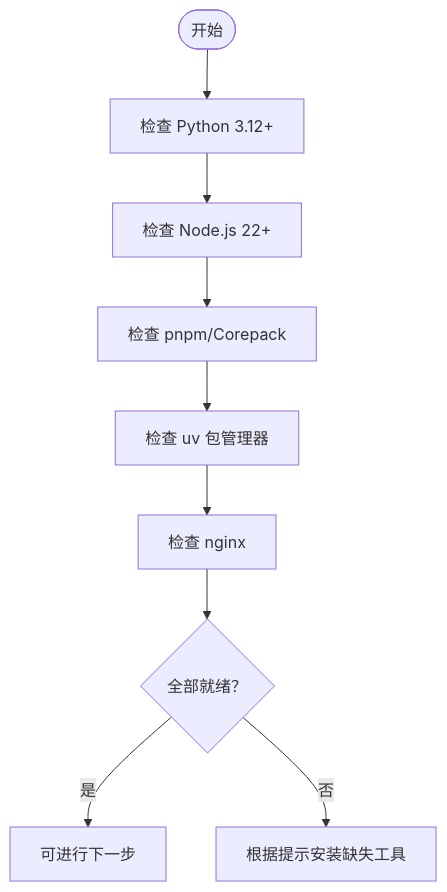
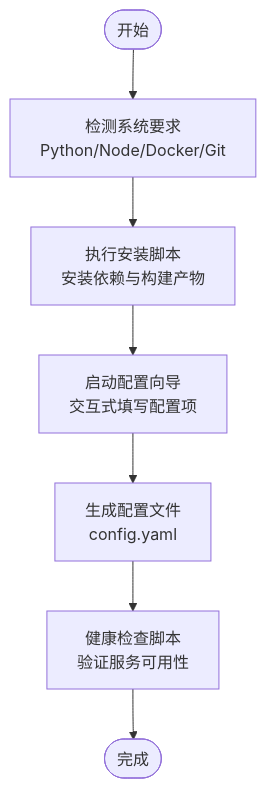
The third of 6 diagrams in .qoder/repowiki/zh/content/快速开始.md (OldBoy405/deerflow-custom), drawn with Mermaid before and after one commit. The commit also changed other lines of this file and 786 other files, not shown here.

````diff
--- a/.qoder/repowiki/zh/content/快速开始.md
+++ b/.qoder/repowiki/zh/content/快速开始.md
@@ -131,11 +158,9 @@
 ```mermaid
 flowchart TD
-Start(["开始"]) --> CheckPy["检查 Python 3.12+"]
-CheckPy --> CheckNode["检查 Node.js 22+"]
-CheckNode --> CheckPNPM["检查 pnpm/Corepack"]
-CheckPNPM --> CheckUV["检查 uv 包管理器"]
-CheckUV --> CheckNGINX["检查 nginx"]
-CheckNGINX --> Result{"全部就绪？"}
-Result --> |是| Done["可进行下一步"]
-Result --> |否| Fix["根据提示安装缺失工具"]
+Start(["开始"]) --> Detect["检测系统要求<br/>Python/Node/Docker/Git"]
+Detect --> Install["执行安装脚本<br/>安装依赖与构建产物"]
+Install --> Wizard["启动配置向导<br/>交互式填写配置项"]
+Wizard --> GenConfig["生成配置文件<br/>config.yaml"]
+GenConfig --> Verify["健康检查脚本<br/>验证服务可用性"]
+Verify --> Done(["完成"])
 ```
````
